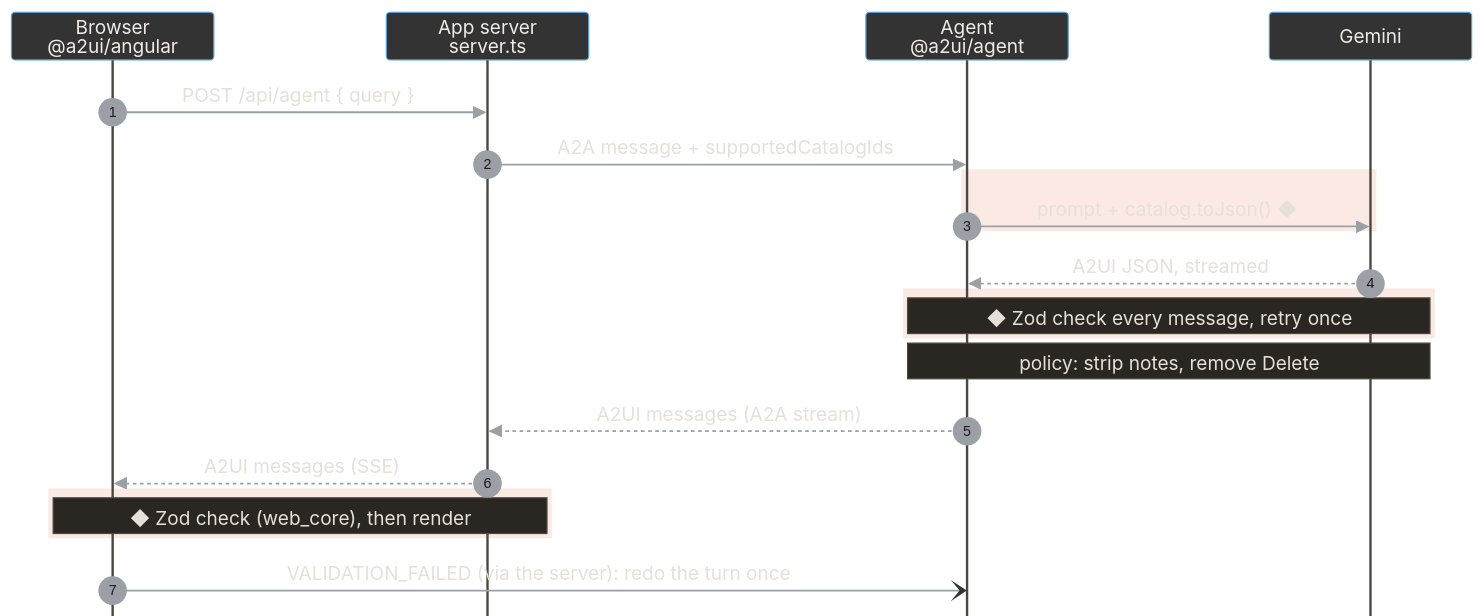
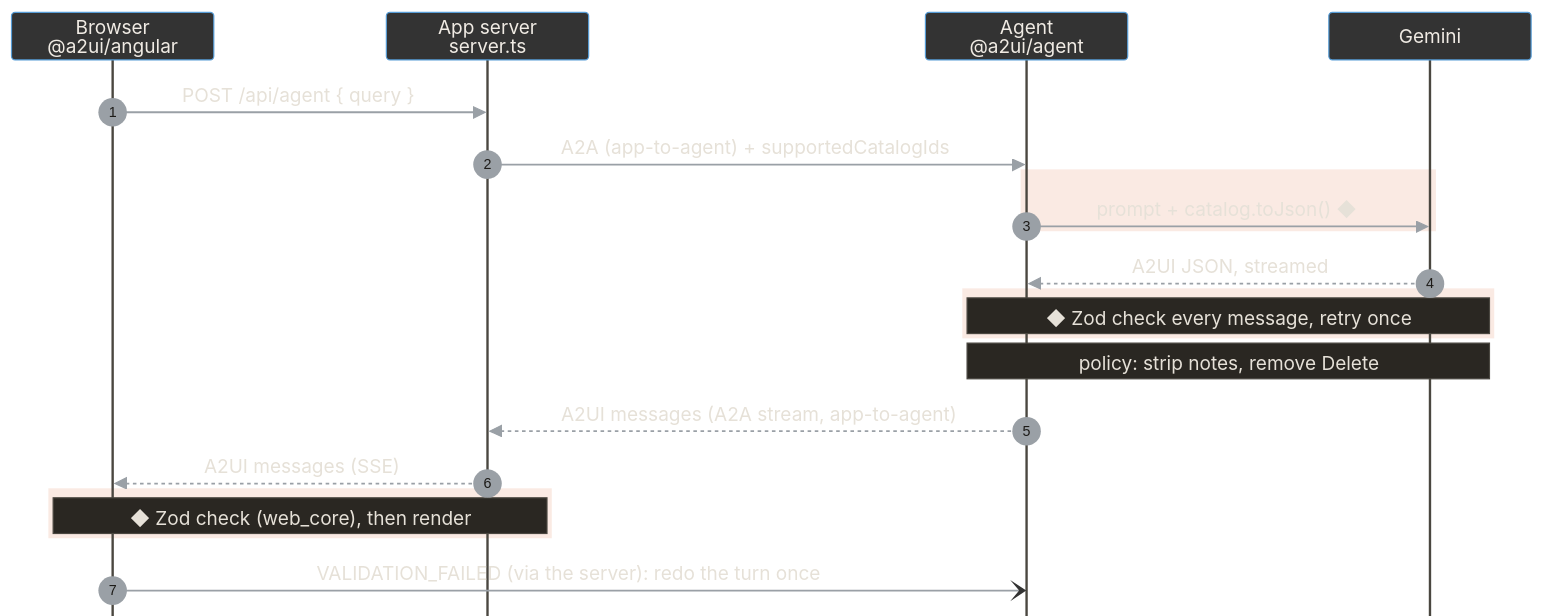
One commit to giorgiogalassi/talk-a2ui changed the second of 5 diagrams in slides.md. Above: the diagram before and after it, drawn with Mermaid. The commit also changed other lines of this file and 2 other files, not shown here.

````diff
--- a/slides.md
+++ b/slides.md
@@ -566,25 +566,25 @@
 ```mermaid {scale: 0.64}
 %%{init: {"theme": "base", "themeVariables": {"fontFamily": "JetBrains Mono, monospace", "fontSize": "13px", "actorBkg": "#333333", "actorBorder": "#569cd6", "actorTextColor": "#f0ebe4", "actorLineColor": "#4a4740", "signalColor": "#9aa0a6", "signalTextColor": "#e6e1d8", "noteBkgColor": "#2a2722", "noteBorderColor": "#4a4740", "noteTextColor": "#e6e1d8", "sequenceNumberColor": "#1d1b18"}, "sequence": {"mirrorActors": false, "width": 170, "actorMargin": 100, "messageMargin": 14, "noteMargin": 5, "boxMargin": 4, "height": 40, "diagramMarginY": 12, "showSequenceNumbers": true}}}%%
 sequenceDiagram
   autonumber
   participant B as Browser<br/>@a2ui/angular
   participant S as App server<br/>server.ts
   participant A as Agent<br/>@a2ui/agent
   participant M as Gemini
   B->>S: POST /api/agent { query }
-  S->>A: A2A message + supportedCatalogIds
+  S->>A: A2A (app-to-agent) + supportedCatalogIds
   rect rgba(224, 122, 80, 0.16)
   A->>M: prompt + catalog.toJson() ◆
   end
   M-->>A: A2UI JSON, streamed
   rect rgba(224, 122, 80, 0.16)
   Note over A,M: ◆ Zod check every message, retry once
   end
   Note over A,M: policy: strip notes, remove Delete
-  A-->>S: A2UI messages (A2A stream)
+  A-->>S: A2UI messages (A2A stream, app-to-agent)
   S-->>B: A2UI messages (SSE)
   rect rgba(224, 122, 80, 0.16)
   Note over B,S: ◆ Zod check (web_core), then render
   end
   B-)A: VALIDATION_FAILED (via the server): redo the turn once
 ```
````
